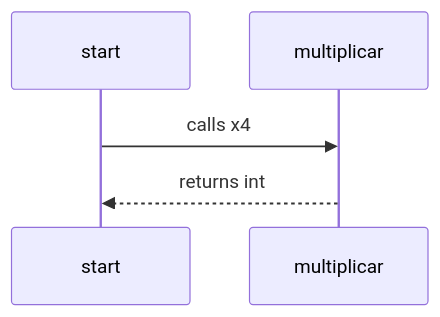
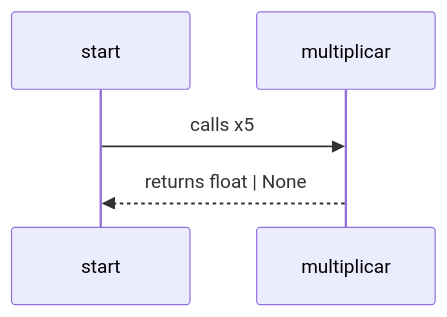
Before and after one commit to Nacho215/Practica-Data-Engineer: the diagram in Unidad 11/docs/diagrama_de_secuencia_multiplicacion.md, drawn with Mermaid. The commit also changed other lines of this file and 7 other files, not shown here.

Commit message:
Fix: Updated functions, tests and diagrams

````diff
--- a/Unidad 11/docs/diagrama_de_secuencia_multiplicacion.md
+++ b/Unidad 11/docs/diagrama_de_secuencia_multiplicacion.md
@@ -5,6 +5,6 @@
 ```mermaid
 sequenceDiagram
-  start->>multiplicar: calls x4
-  multiplicar-->>start: returns int
+  start->>multiplicar: calls x5
+  multiplicar-->>start: returns float | None
 
 ```
````
